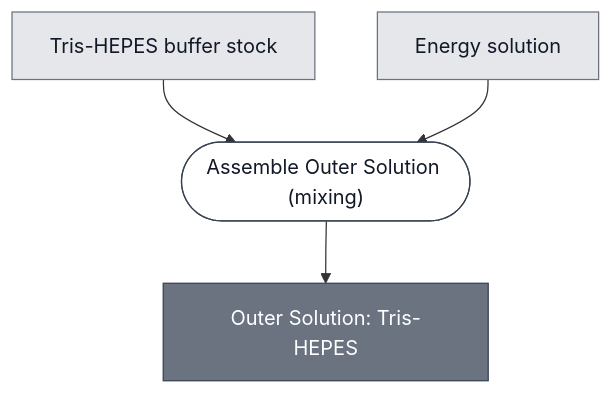
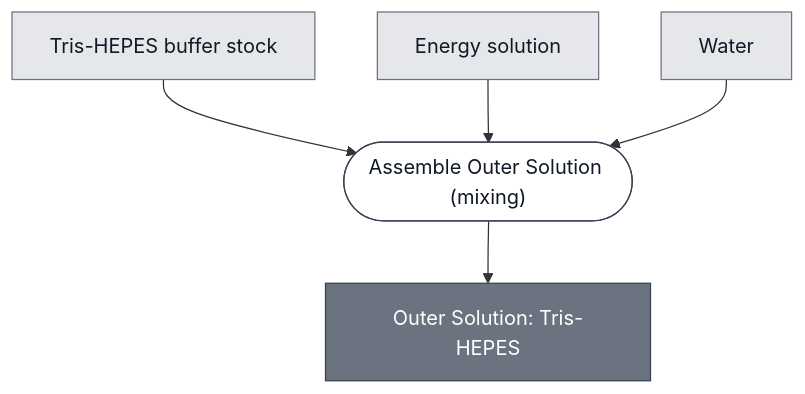
One commit to nucleus-eng/nucleus-docs changed the diagram in docs/modules/outer-solution-tris-hepes/spec.md. Above: the diagram before and after it, drawn with Mermaid. The commit also changed 46 other files, not shown here.

````diff
--- a/docs/modules/outer-solution-tris-hepes/spec.md
+++ b/docs/modules/outer-solution-tris-hepes/spec.md
@@ -35,23 +35,25 @@
 ```mermaid
 flowchart TD
     TRIS_HEPES_STOCK["Tris-HEPES buffer stock"]
     ENERGY_SOLUTION["Energy solution"]
+    WATER["Water"]
 
     P1_ASSEMBLE_OUTER_SOLUTION_0(["Assemble Outer Solution (mixing)"])
     OUTER_SOLUTION_TRIS_HEPES["Outer Solution: Tris-HEPES"]
 
     TRIS_HEPES_STOCK --> P1_ASSEMBLE_OUTER_SOLUTION_0
     ENERGY_SOLUTION --> P1_ASSEMBLE_OUTER_SOLUTION_0
+    WATER --> P1_ASSEMBLE_OUTER_SOLUTION_0
     P1_ASSEMBLE_OUTER_SOLUTION_0 --> OUTER_SOLUTION_TRIS_HEPES
 
 
     classDef leaf     fill:#e5e7eb,stroke:#6b7280,color:#111827;
     classDef composed fill:#6b7280,stroke:#374151,color:#ffffff;
     classDef process  fill:#ffffff,stroke:#374151,color:#111827;
-    class TRIS_HEPES_STOCK,ENERGY_SOLUTION leaf;
+    class TRIS_HEPES_STOCK,ENERGY_SOLUTION,WATER leaf;
     class OUTER_SOLUTION_TRIS_HEPES composed;
     class P1_ASSEMBLE_OUTER_SOLUTION_0 process;
 
     click P1_ASSEMBLE_OUTER_SOLUTION_0 "/docs/processes/assemble-outer-solution/main"
     click OUTER_SOLUTION_TRIS_HEPES "/docs/modules/outer-solution-tris-hepes/spec"
 ```
````
